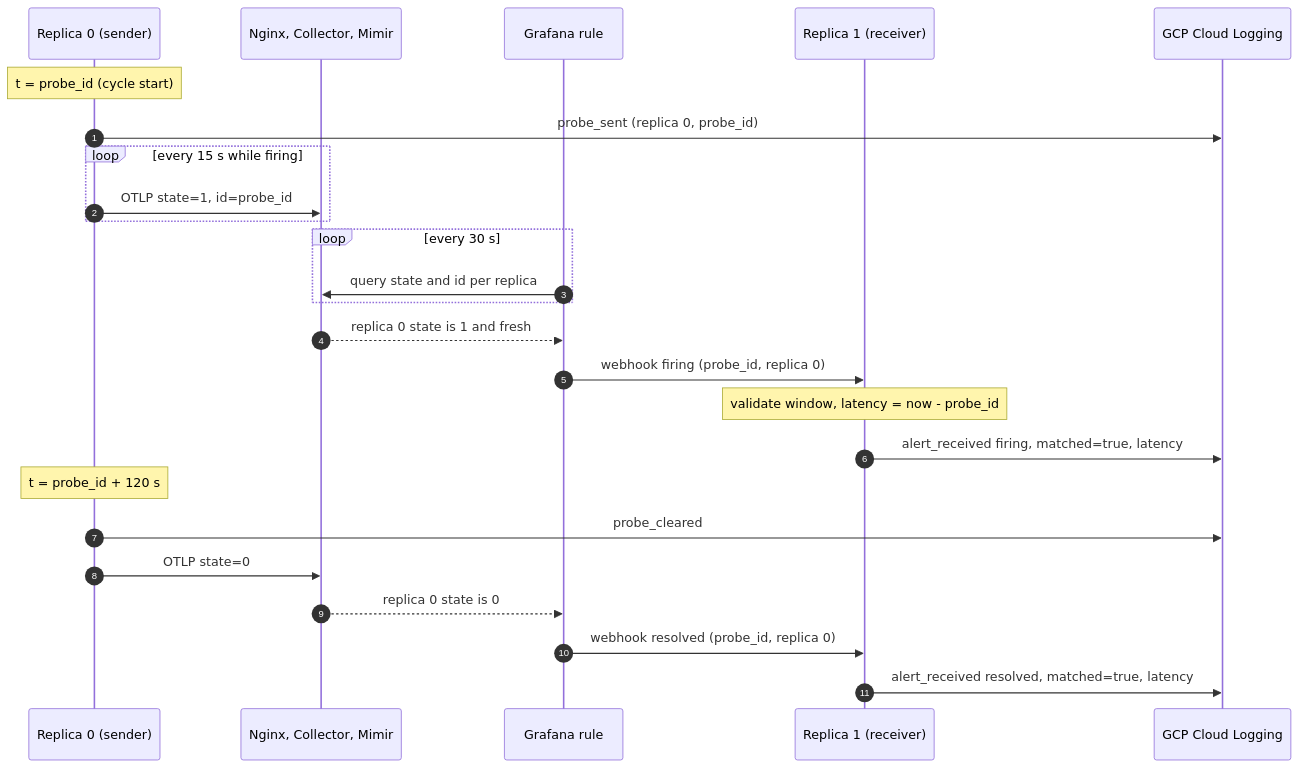
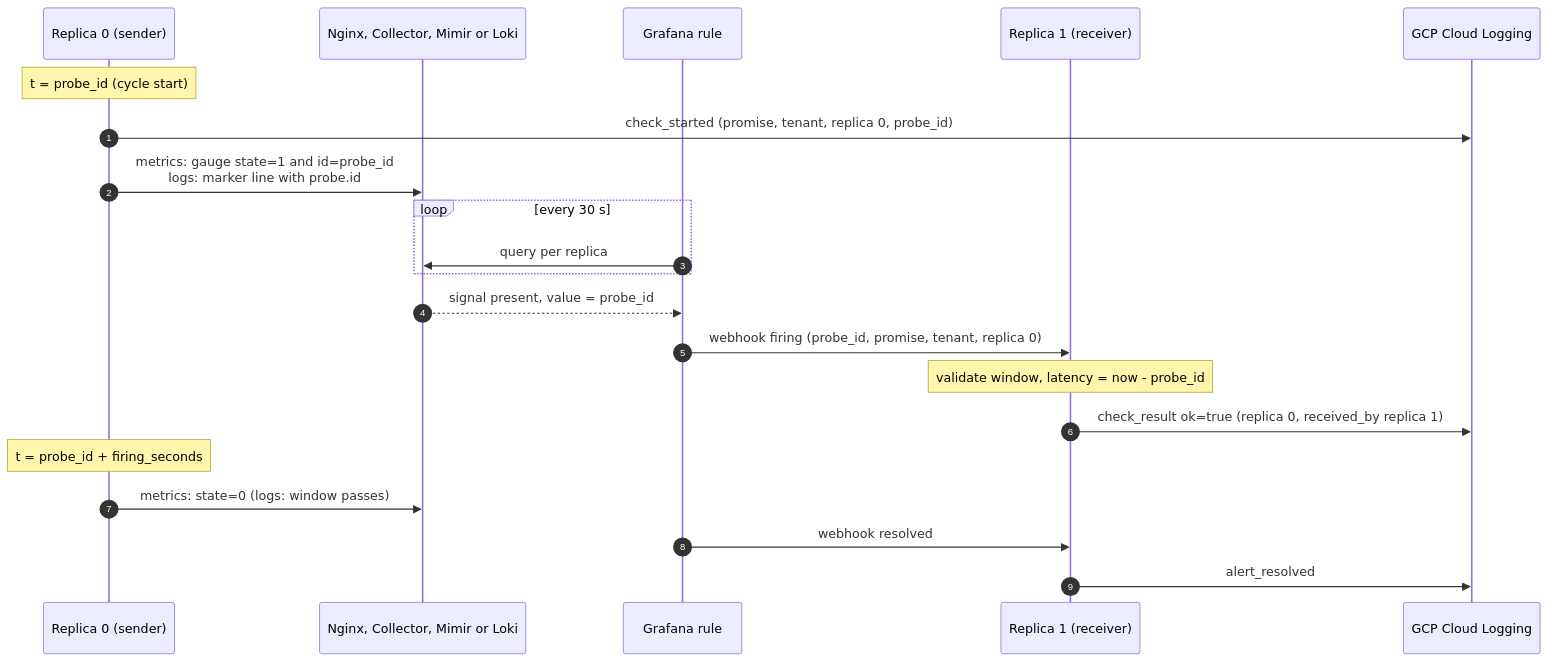
One commit to ileoliao/agent-repo changed the second of 5 diagrams in heartbeat-probe/README.md. Above: the diagram before and after it, drawn with Mermaid. The commit also changed other lines of this file and 24 other files, not shown here.

First line of the commit message:
heartbeat-probe 2.0: promise-based probes for every signal path

````diff
--- a/heartbeat-probe/README.md
+++ b/heartbeat-probe/README.md
@@ -40,28 +61,24 @@
 ```mermaid
 sequenceDiagram
   autonumber
   participant R0 as Replica 0 (sender)
-  participant P as Nginx, Collector, Mimir
+  participant P as Nginx, Collector, Mimir or Loki
   participant G as Grafana rule
   participant R1 as Replica 1 (receiver)
   participant L as GCP Cloud Logging
 
   Note over R0: t = probe_id (cycle start)
-  R0->>L: probe_sent (replica 0, probe_id)
-  loop every 15 s while firing
-    R0->>P: OTLP state=1, id=probe_id
+  R0->>L: check_started (promise, tenant, replica 0, probe_id)
+  R0->>P: metrics: gauge state=1 and id=probe_id<br/>logs: marker line with probe.id
+  loop every 30 s
+    G->>P: query per replica
   end
-  loop every 30 s
-    G->>P: query state and id per replica
-  end
-  P-->>G: replica 0 state is 1 and fresh
-  G->>R1: webhook firing (probe_id, replica 0)
+  P-->>G: signal present, value = probe_id
+  G->>R1: webhook firing (probe_id, promise, tenant, replica 0)
   Note over R1: validate window, latency = now - probe_id
-  R1->>L: alert_received firing, matched=true, latency
-  Note over R0: t = probe_id + 120 s
-  R0->>L: probe_cleared
-  R0->>P: OTLP state=0
-  P-->>G: replica 0 state is 0
-  G->>R1: webhook resolved (probe_id, replica 0)
-  R1->>L: alert_received resolved, matched=true, latency
+  R1->>L: check_result ok=true (replica 0, received_by replica 1)
+  Note over R0: t = probe_id + firing_seconds
+  R0->>P: metrics: state=0 (logs: window passes)
+  G->>R1: webhook resolved
+  R1->>L: alert_resolved
 ```
````
